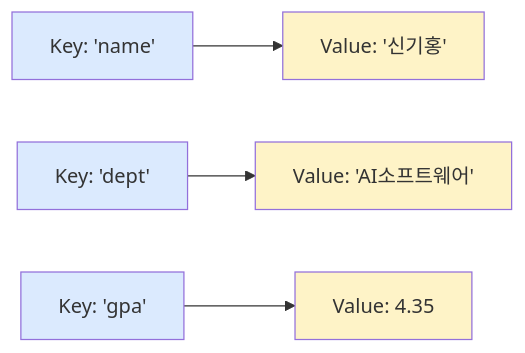
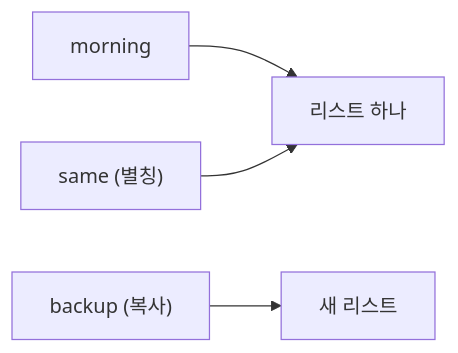
One commit to phyzikyh/computing changed the diagram in 강의교재/week07_lecture.qmd. Above: the diagram before and after it, drawn with Mermaid. The commit also changed other lines of this file and 8 other files, not shown here.

````diff
--- a/강의교재/week07_lecture.qmd
+++ b/강의교재/week07_lecture.qmd
@@ -125,14 +192,8 @@
 ```{mermaid}
-%%| fig-cap: "**그림 7-3.** 딕셔너리의 키와 값의 관계"
+%%| echo: false
+%%| fig-cap: "**그림 7-1.** 별칭과 복사의 차이"
 flowchart LR
-    K1["Key: 'name'"] --> V1["Value: '신기홍'"]
-    K2["Key: 'dept'"] --> V2["Value: 'AI소프트웨어'"]
-    K3["Key: 'gpa'"] --> V3["Value: 4.35"]
-
-    style K1 fill:#dbeafe
-    style K2 fill:#dbeafe
-    style K3 fill:#dbeafe
-    style V1 fill:#fef3c7
-    style V2 fill:#fef3c7
-    style V3 fill:#fef3c7
+    A["morning"] --> L["리스트 하나"]
+    B["same (별칭)"] --> L
+    C["backup (복사)"] --> M["새 리스트"]
 ```
````
